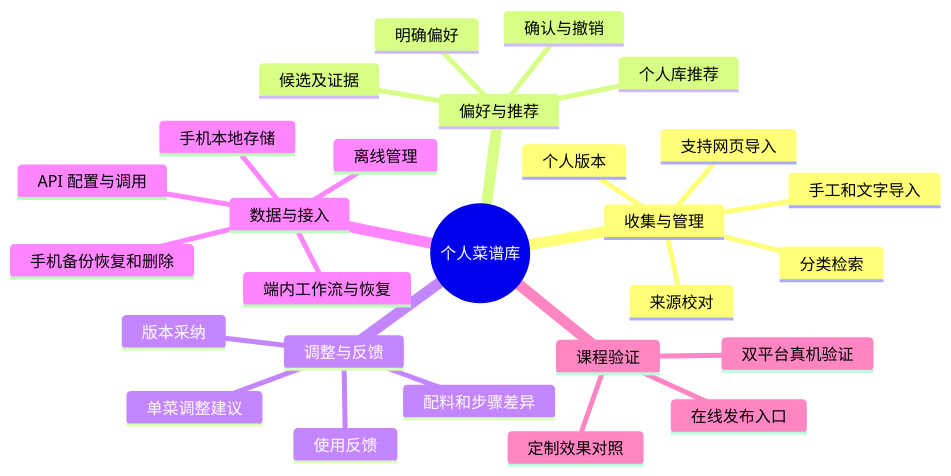
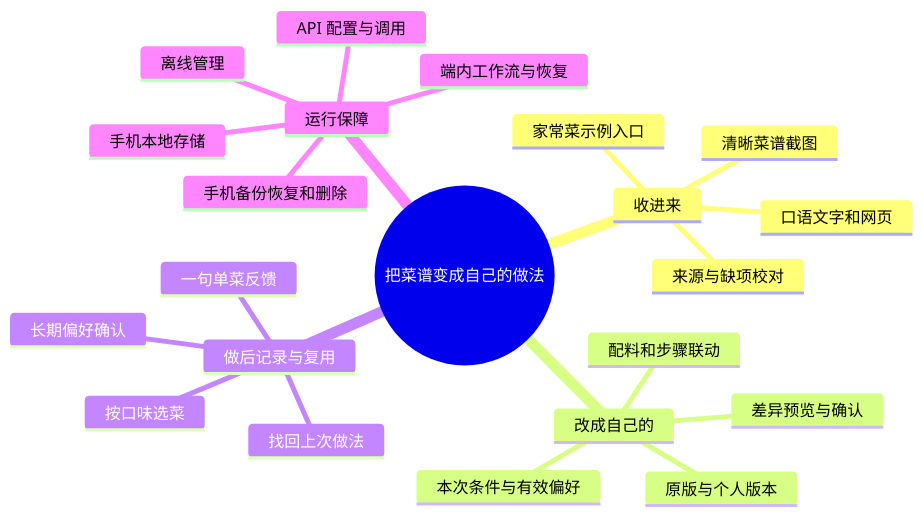
The first of 3 diagrams in homework/team/task5/ans/prd.md (155TuT/2601-fzu-SoftwareEngineering-YuezhongWu), drawn with Mermaid before and after one commit. The commit also changed other lines of this file, not shown here.

````diff
--- a/homework/team/task5/ans/prd.md
+++ b/homework/team/task5/ans/prd.md
@@ -123,30 +146,25 @@
 ```mermaid
 mindmap
-  root((个人菜谱库))
-    收集与管理
-      手工和文字导入
-      支持网页导入
-      来源校对
-      分类检索
-      个人版本
-    偏好与推荐
-      明确偏好
-      候选及证据
-      确认与撤销
-      个人库推荐
-    调整与反馈
-      单菜调整建议
-      配料和步骤差异
-      版本采纳
-      使用反馈
-    数据与接入
+  root((把菜谱变成自己的做法))
+    收进来
+      口语文字和网页
+      清晰菜谱截图
+      来源与缺项校对
+      家常菜示例入口
+    改成自己的
+      本次条件与有效偏好
+      配料和步骤联动
+      差异预览与确认
+      原版与个人版本
+    做后记录与复用
+      一句单菜反馈
+      长期偏好确认
+      找回上次做法
+      按口味选菜
+    运行保障
       手机本地存储
       API 配置与调用
       端内工作流与恢复
       离线管理
       手机备份恢复和删除
-    课程验证
-      在线发布入口
-      双平台真机验证
-      定制效果对照
 ```
````
